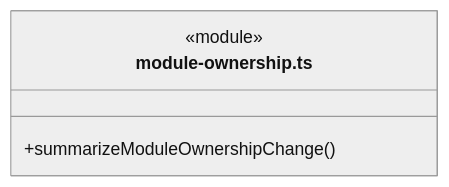
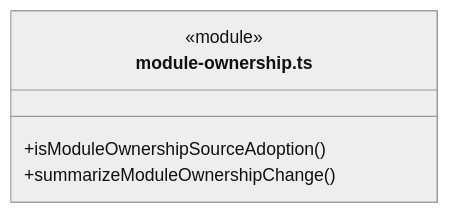
Before and after one commit to nan023062/cbim: diagram 18 of 29 in src/backend/core/workspace/ARCHITECTURE.md, drawn with Mermaid (neutral theme). The commit also changed other lines of this file and 97 other files, not shown here.

````diff
--- a/src/backend/core/workspace/ARCHITECTURE.md
+++ b/src/backend/core/workspace/ARCHITECTURE.md
@@ -252,7 +417,8 @@
 ```mermaid
 classDiagram
 class N_src_backend_core_workspace_module_ownership_ts["module-ownership.ts"] {
   <<module>>
+  +isModuleOwnershipSourceAdoption()
   +summarizeModuleOwnershipChange()
 }
 ```
````
